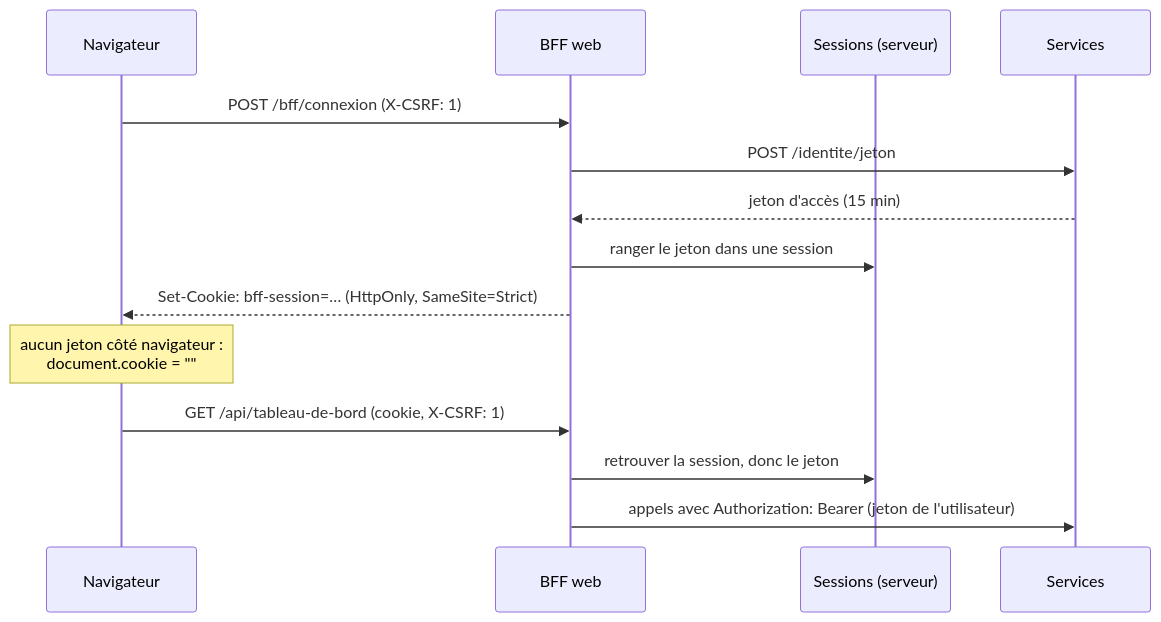
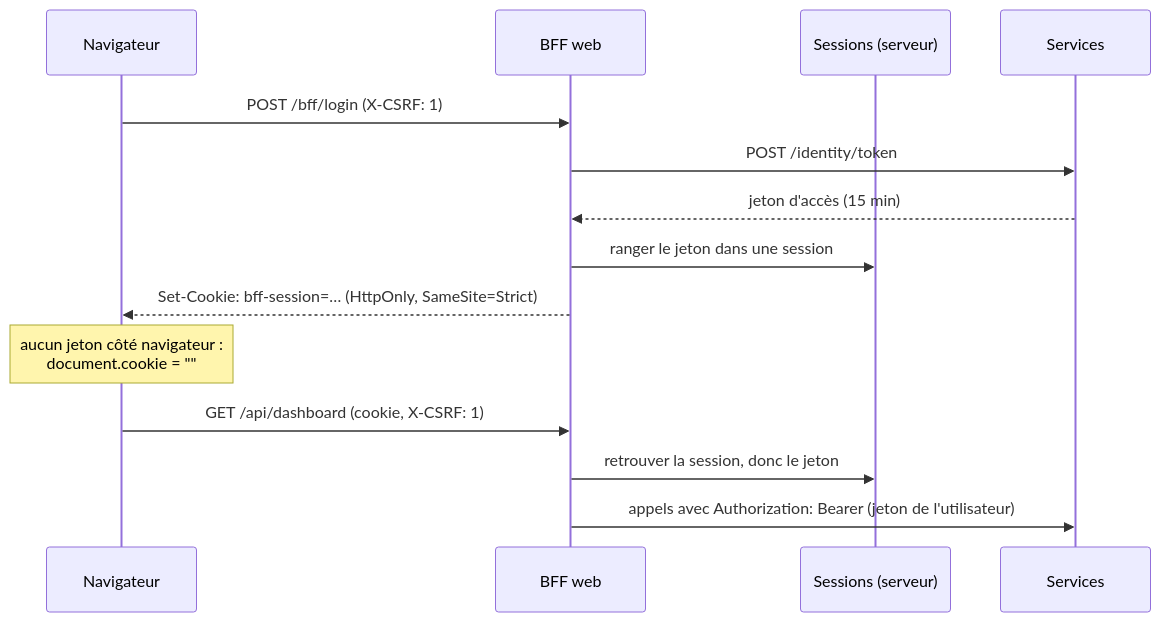
The fourth of 4 diagrams in Docs/16-bff.md (drangoht/ArchitecturesDemo), drawn with Mermaid before and after one commit. The commit also changed other lines of this file and 70 other files, not shown here.

Commit message:
Docs FR : identifiants, liens, diagrammes et sorties alignés sur le code anglais

````diff
--- a/Docs/16-bff.md
+++ b/Docs/16-bff.md
@@ -157,16 +157,16 @@
 ```mermaid
 sequenceDiagram
     participant N as Navigateur
     participant W as BFF web
     participant ST as Sessions (serveur)
     participant S as Services
-    N->>W: POST /bff/connexion (X-CSRF: 1)
-    W->>S: POST /identite/jeton
+    N->>W: POST /bff/login (X-CSRF: 1)
+    W->>S: POST /identity/token
     S-->>W: jeton d'accès (15 min)
     W->>ST: ranger le jeton dans une session
     W-->>N: Set-Cookie: bff-session=… (HttpOnly, SameSite=Strict)
     Note over N: aucun jeton côté navigateur :<br/>document.cookie = ""
-    N->>W: GET /api/tableau-de-bord (cookie, X-CSRF: 1)
+    N->>W: GET /api/dashboard (cookie, X-CSRF: 1)
     W->>ST: retrouver la session, donc le jeton
     W->>S: appels avec Authorization: Bearer (jeton de l'utilisateur)
 ```
````
